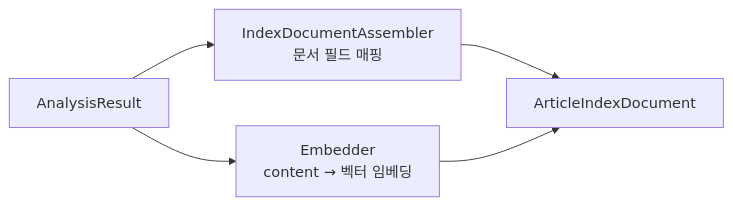
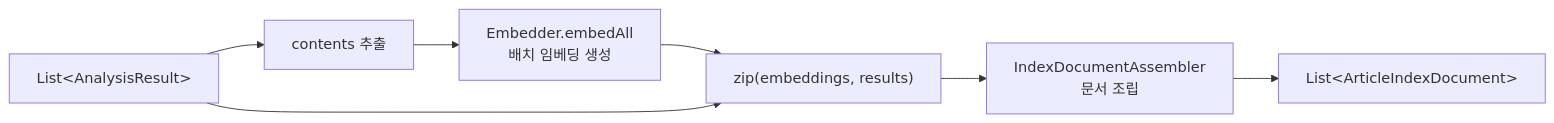
The second of 3 diagrams in indexer/ARCHITECTURE.md (vonkernel/local-incident-tracker), drawn with Mermaid before and after one commit. The commit also changed other lines of this file and 19 other files, not shown here.

````diff
--- a/indexer/ARCHITECTURE.md
+++ b/indexer/ARCHITECTURE.md
@@ -73,7 +71,9 @@
 ```mermaid
 flowchart LR
-    AR[AnalysisResult] --> A1[IndexDocumentAssembler<br/>문서 필드 매핑]
-    AR --> A2[Embedder<br/>content → 벡터 임베딩]
-    A1 --> R["ArticleIndexDocument"]
-    A2 --> R
+    AR["List&lt;AnalysisResult&gt;"] --> C["contents 추출"]
+    C --> E["Embedder.embedAll<br/>배치 임베딩 생성"]
+    E --> Z["zip(embeddings, results)"]
+    AR --> Z
+    Z --> A["IndexDocumentAssembler<br/>문서 조립"]
+    A --> R["List&lt;ArticleIndexDocument&gt;"]
 ```
````
